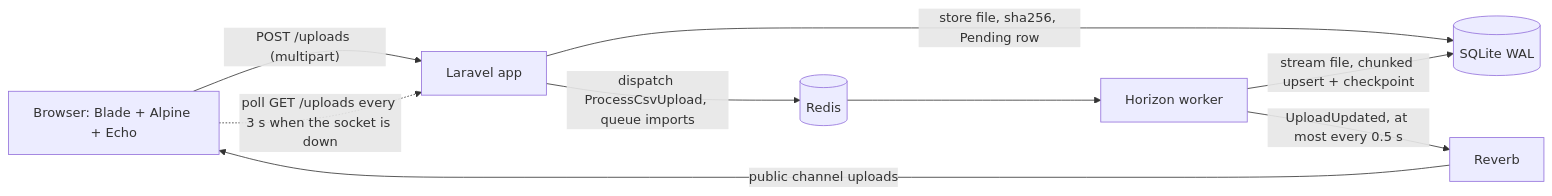
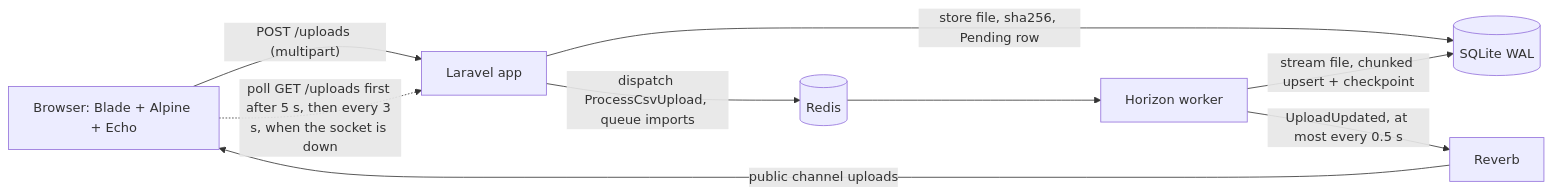
Before and after one commit to Ju5t-V/laravel-csv-import: the diagram in README.md, drawn with Mermaid. The commit also changed other lines of this file and 5 other files, not shown here.

````diff
--- a/README.md
+++ b/README.md
@@ -44,11 +44,11 @@
 ```mermaid
 flowchart LR
     B[Browser: Blade + Alpine + Echo] -- "POST /uploads (multipart)" --> A[Laravel app]
     A -- "store file, sha256, Pending row" --> D[(SQLite WAL)]
     A -- "dispatch ProcessCsvUpload, queue imports" --> R[(Redis)]
     R --> H[Horizon worker]
     H -- "stream file, chunked upsert + checkpoint" --> D
     H -- "UploadUpdated, at most every 0.5 s" --> W[Reverb]
     W -- "public channel uploads" --> B
-    B -. "poll GET /uploads every 3 s when the socket is down" .-> A
+    B -. "poll GET /uploads first after 5 s, then every 3 s, when the socket is down" .-> A
 ```
````
